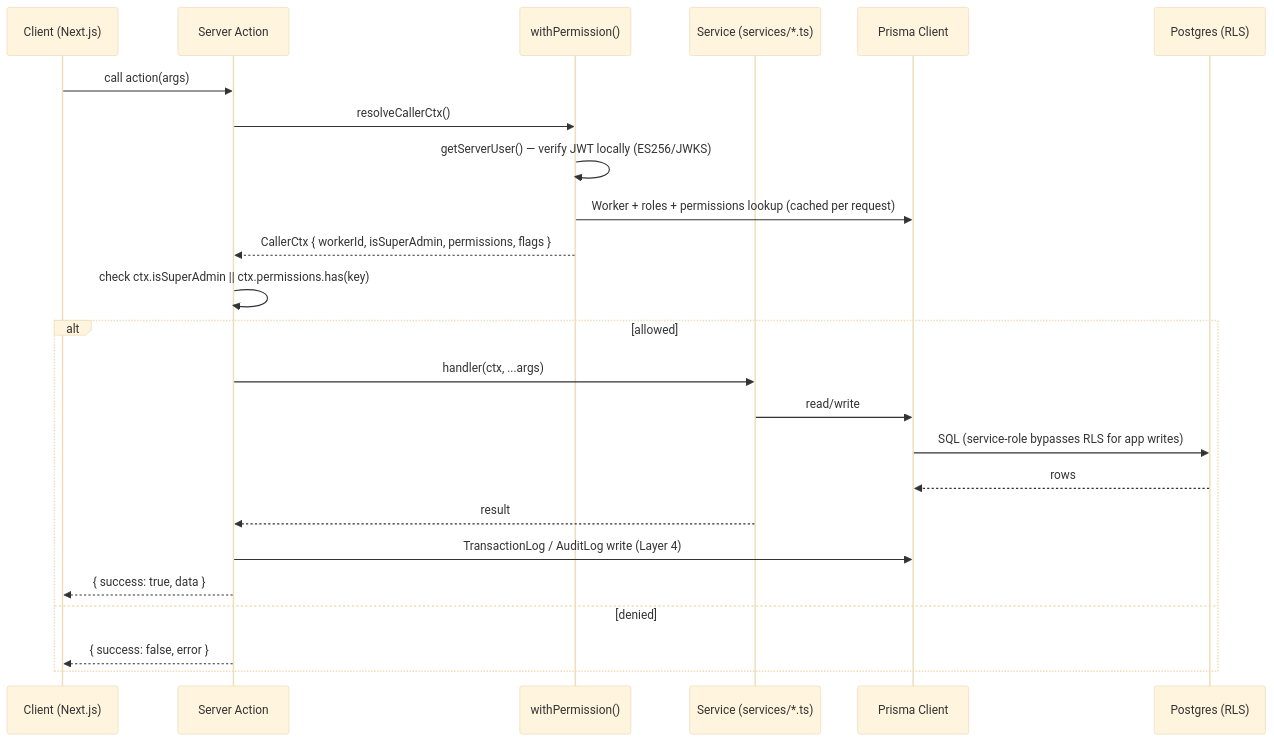
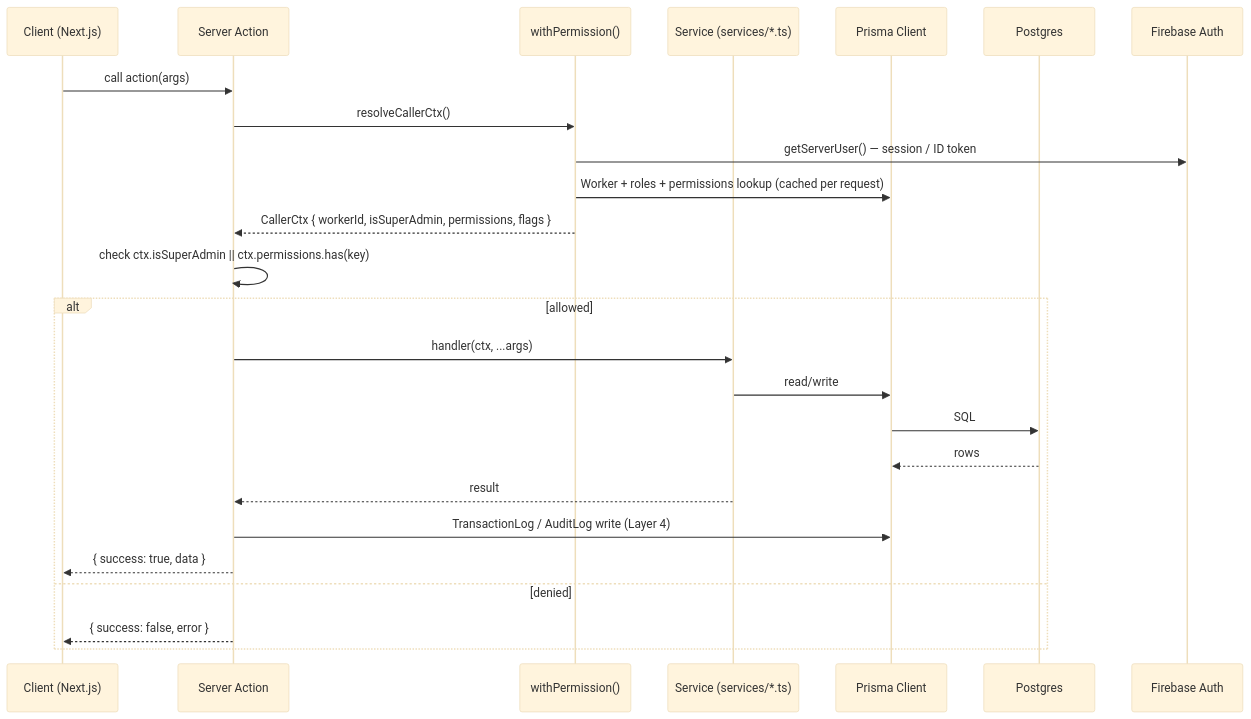
One commit to njcarlo/studio changed the second of 9 diagrams in docs/PLATFORM_ARCHITECTURE.md. Above: the diagram before and after it, drawn with Mermaid (base theme). The commit also changed other lines of this file and 20 other files, not shown here.

First line of the commit message:
docs: align architecture, skills, and plans with Firebase stack

````diff
--- a/docs/PLATFORM_ARCHITECTURE.md
+++ b/docs/PLATFORM_ARCHITECTURE.md
@@ -82,27 +89,28 @@
 ```mermaid
 sequenceDiagram
     participant UI as Client (Next.js)
     participant SA as Server Action
     participant Auth as withPermission()
     participant Svc as Service (services/*.ts)
     participant Prisma as Prisma Client
-    participant PG as Postgres (RLS)
+    participant PG as Postgres
+    participant FB as Firebase Auth
 
     UI->>SA: call action(args)
     SA->>Auth: resolveCallerCtx()
-    Auth->>Auth: getServerUser() — verify JWT locally (ES256/JWKS)
+    Auth->>FB: getServerUser() — session / ID token
     Auth->>Prisma: Worker + roles + permissions lookup (cached per request)
     Auth-->>SA: CallerCtx { workerId, isSuperAdmin, permissions, flags }
     SA->>SA: check ctx.isSuperAdmin || ctx.permissions.has(key)
     alt allowed
         SA->>Svc: handler(ctx, ...args)
         Svc->>Prisma: read/write
-        Prisma->>PG: SQL (service-role bypasses RLS for app writes)
+        Prisma->>PG: SQL
         PG-->>Prisma: rows
         Svc-->>SA: result
         SA->>Prisma: TransactionLog / AuditLog write (Layer 4)
         SA-->>UI: { success: true, data }
     else denied
         SA-->>UI: { success: false, error }
     end
 ```
````
